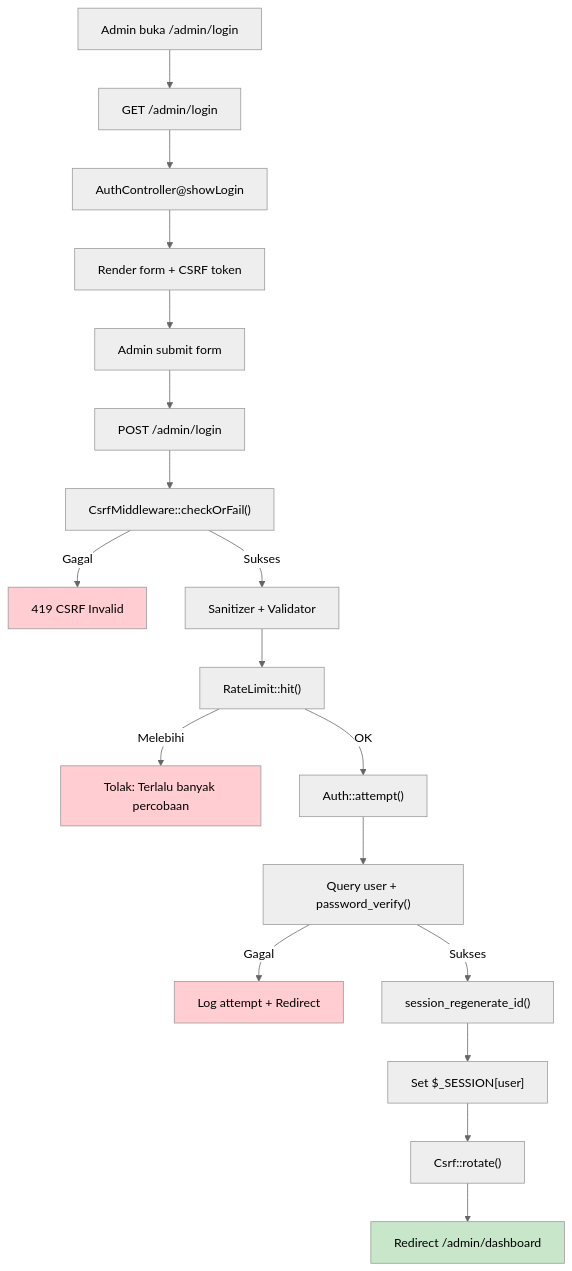
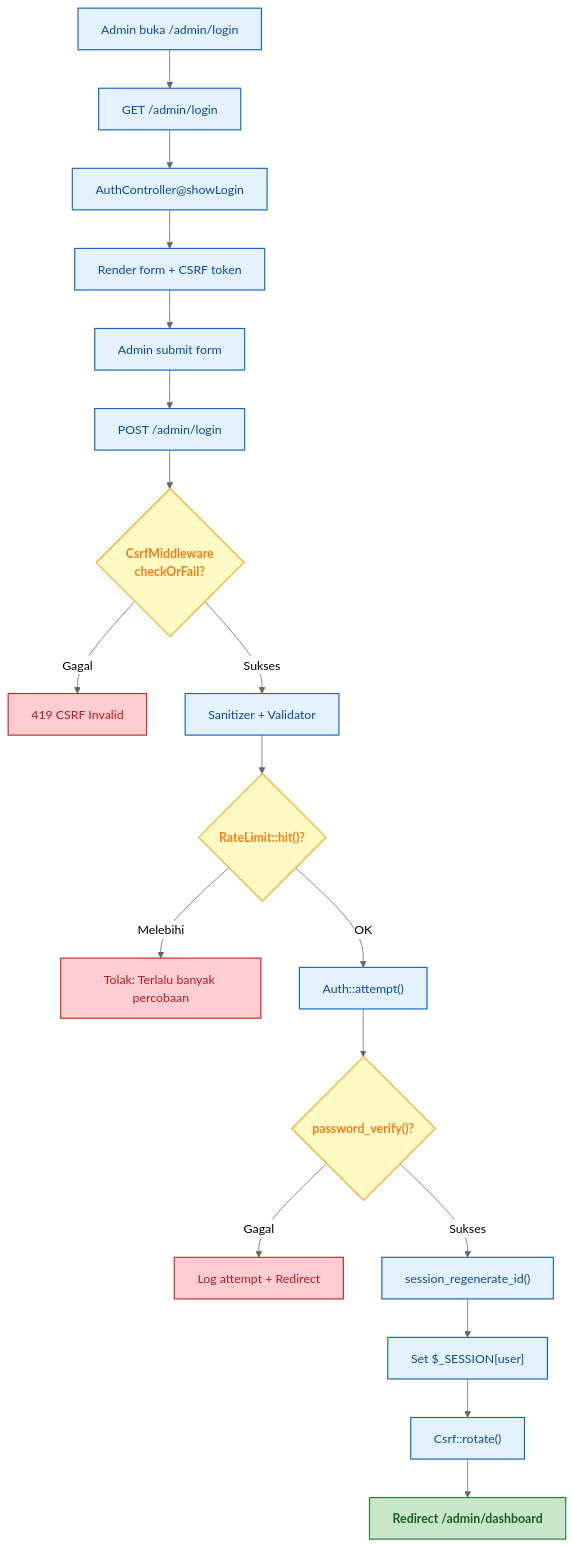
Before and after one commit to sekarpratama/project1: the seventh of 19 diagrams in README.md, drawn with Mermaid (neutral theme). The commit also changed other lines of this file, not shown here.

````diff
--- a/README.md
+++ b/README.md
@@ -501,25 +393,34 @@
 ```mermaid
 flowchart TD
-    A["Admin buka /admin/login"] --> B["GET /admin/login"]
-    B --> C["AuthController@showLogin"]
-    C --> D["Render form + CSRF token"]
-    D --> E["Admin submit form"]
-    E --> F["POST /admin/login"]
-    F --> G["CsrfMiddleware::checkOrFail()"]
-    G -->|Gagal| H["419 CSRF Invalid"]
-    G -->|Sukses| I["Sanitizer + Validator"]
-    I --> J["RateLimit::hit()"]
-    J -->|Melebihi| K["Tolak: Terlalu banyak percobaan"]
-    J -->|OK| L["Auth::attempt()"]
-    L --> M["Query user + password_verify()"]
-    M -->|Gagal| N["Log attempt + Redirect"]
-    M -->|Sukses| O["session_regenerate_id()"]
-    O --> P["Set $_SESSION[user]"]
-    P --> Q["Csrf::rotate()"]
-    Q --> R["Redirect /admin/dashboard"]
+    A["Admin buka /admin/login"]:::step
+    B["GET /admin/login"]:::step
+    C["AuthController@showLogin"]:::step
+    D["Render form + CSRF token"]:::step
+    E["Admin submit form"]:::step
+    F["POST /admin/login"]:::step
+    G{"CsrfMiddleware<br/>checkOrFail?"}:::check
+    H["419 CSRF Invalid"]:::fail
+    I["Sanitizer + Validator"]:::step
+    J{"RateLimit::hit()?"}:::check
+    K["Tolak: Terlalu banyak percobaan"]:::fail
+    L["Auth::attempt()"]:::step
+    M{"password_verify()?"}:::check
+    N["Log attempt + Redirect"]:::fail
+    O["session_regenerate_id()"]:::step
+    P["Set $_SESSION[user]"]:::step
+    Q["Csrf::rotate()"]:::step
+    R["Redirect /admin/dashboard"]:::success
 
-    style H fill:#ffcdd2
-    style K fill:#ffcdd2
-    style N fill:#ffcdd2
-    style R fill:#c8e6c9
+    A --> B --> C --> D --> E --> F --> G
+    G -->|Gagal| H
+    G -->|Sukses| I --> J
+    J -->|Melebihi| K
+    J -->|OK| L --> M
+    M -->|Gagal| N
+    M -->|Sukses| O --> P --> Q --> R
+
+    classDef step fill:#e3f2fd,stroke:#1565c0,stroke-width:1.5px,color:#0d47a1
+    classDef check fill:#fff9c4,stroke:#f9a825,stroke-width:1.5px,color:#f57f17,font-weight:bold
+    classDef fail fill:#ffcdd2,stroke:#c62828,stroke-width:1.5px,color:#b71c1c
+    classDef success fill:#c8e6c9,stroke:#2e7d32,stroke-width:1.5px,color:#1b5e20,font-weight:bold
 ```
````
